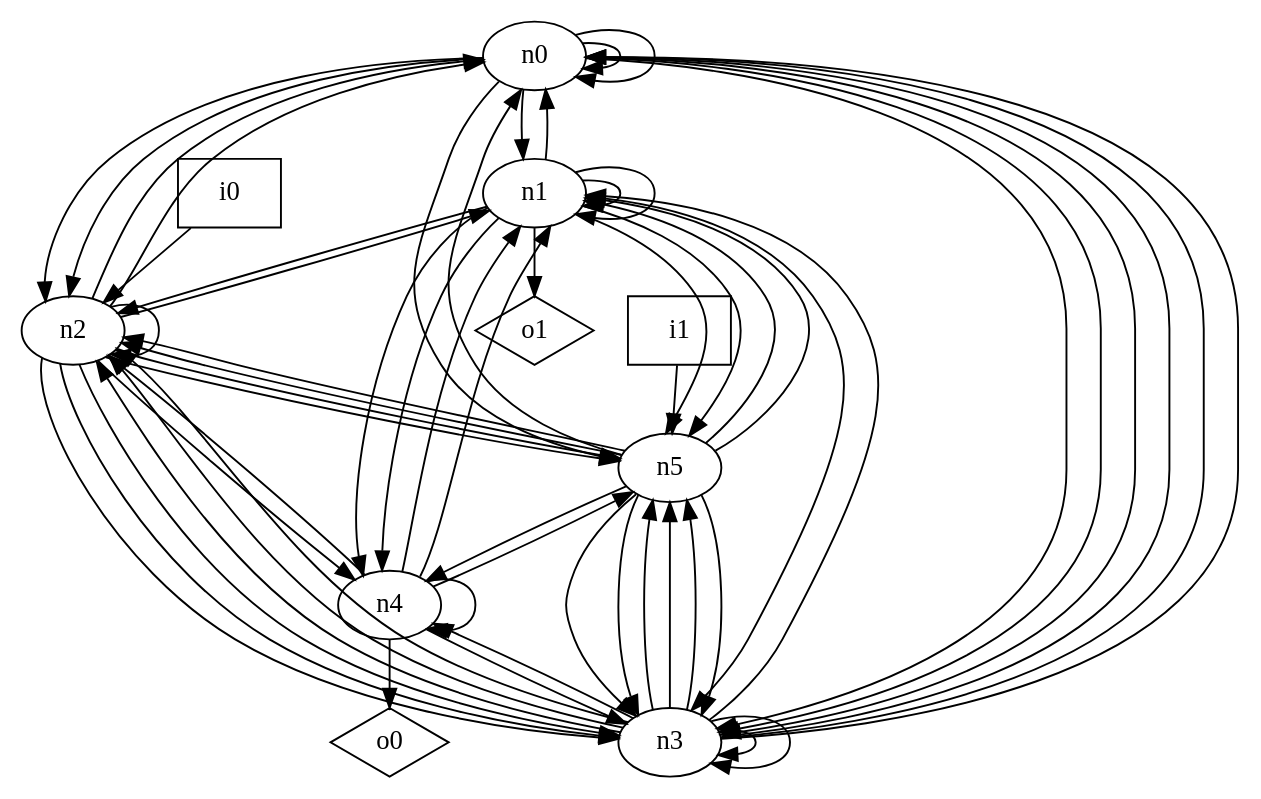
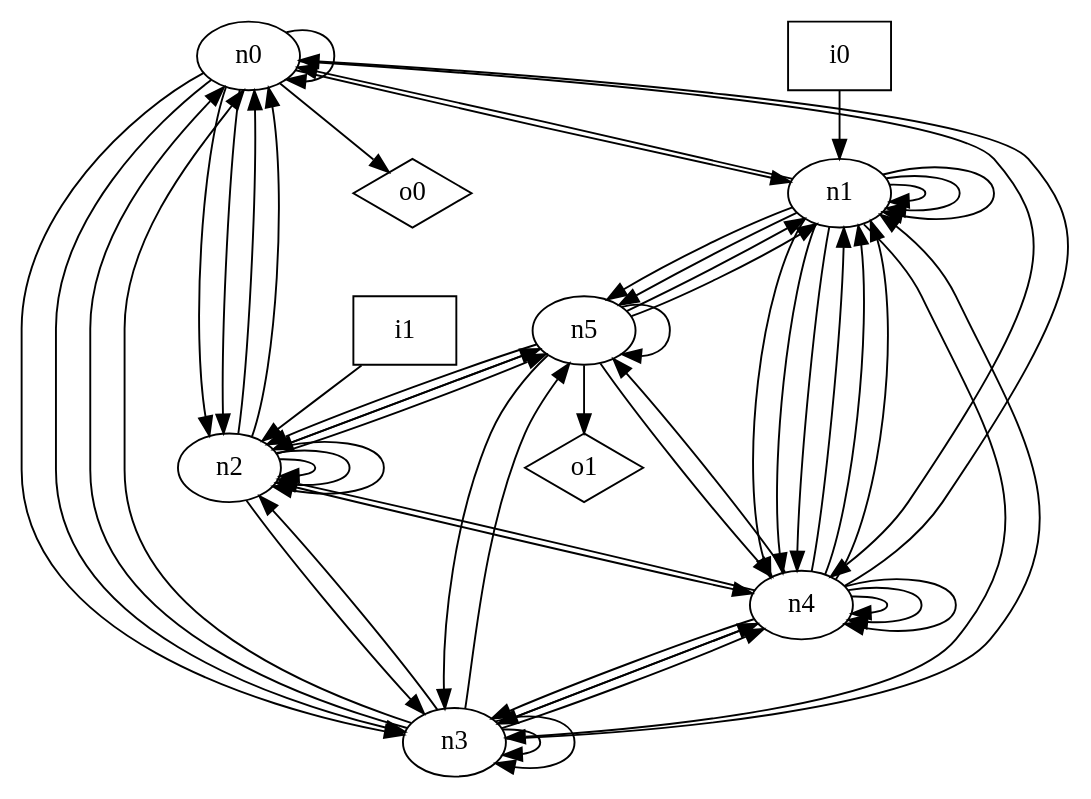
The diagram in dot_files/random/random_undirected_graph.dot (p9romain/bool-circuits), drawn with Graphviz before and after one commit. The commit also changed 87 other files, not shown here.

```diff
--- a/dot_files/random/random_undirected_graph.dot
+++ b/dot_files/random/random_undirected_graph.dot
@@ -1,72 +1,69 @@
 digraph G {
 n0 [label="n0"];
 n1 [label="n1"];
 n2 [label="n2"];
 n3 [label="n3"];
 n4 [label="n4"];
 n5 [label="n5"];
 n6 [label="i0",shape="box"];
 n7 [label="i1",shape="box"];
 n8 [label="o0",shape="diamond"];
 n9 [label="o1",shape="diamond"];
 n0 -> n0
-n0 -> n0
 n0 -> n1
 n0 -> n2
 n0 -> n2
 n0 -> n3
 n0 -> n3
-n0 -> n3
-n0 -> n5
+n0 -> n4
+n0 -> n8
 n1 -> n0
 n1 -> n1
 n1 -> n1
-n1 -> n2
+n1 -> n1
 n1 -> n3
+n1 -> n4
 n1 -> n4
 n1 -> n4
 n1 -> n5
 n1 -> n5
-n1 -> n9
 n2 -> n0
 n2 -> n0
-n2 -> n1
 n2 -> n2
-n2 -> n3
-n2 -> n3
+n2 -> n2
+n2 -> n2
 n2 -> n3
 n2 -> n4
 n2 -> n5
 n2 -> n5
 n3 -> n0
 n3 -> n0
-n3 -> n0
 n3 -> n1
-n3 -> n2
-n3 -> n2
 n3 -> n2
 n3 -> n3
 n3 -> n3
 n3 -> n4
+n3 -> n4
 n3 -> n5
-n3 -> n5
-n3 -> n5
+n4 -> n0
+n4 -> n1
 n4 -> n1
 n4 -> n1
 n4 -> n2
 n4 -> n3
+n4 -> n3
+n4 -> n4
+n4 -> n4
 n4 -> n4
 n4 -> n5
-n4 -> n8
-n5 -> n0
 n5 -> n1
 n5 -> n1
 n5 -> n2
 n5 -> n2
 n5 -> n3
-n5 -> n3
-n5 -> n3
 n5 -> n4
-n6 -> n2
-n7 -> n5
+n5 -> n5
+n5 -> n9
+n6 -> n1
+n7 -> n2
 }
```
